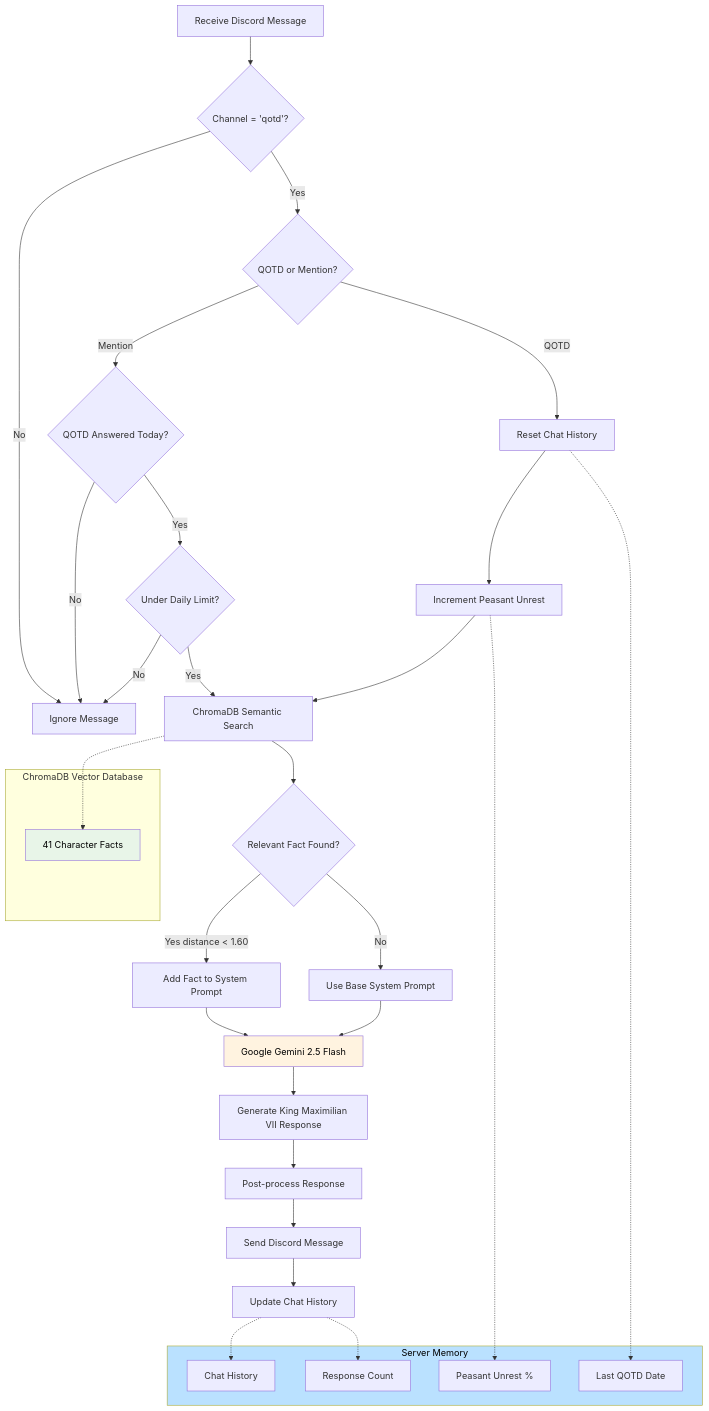
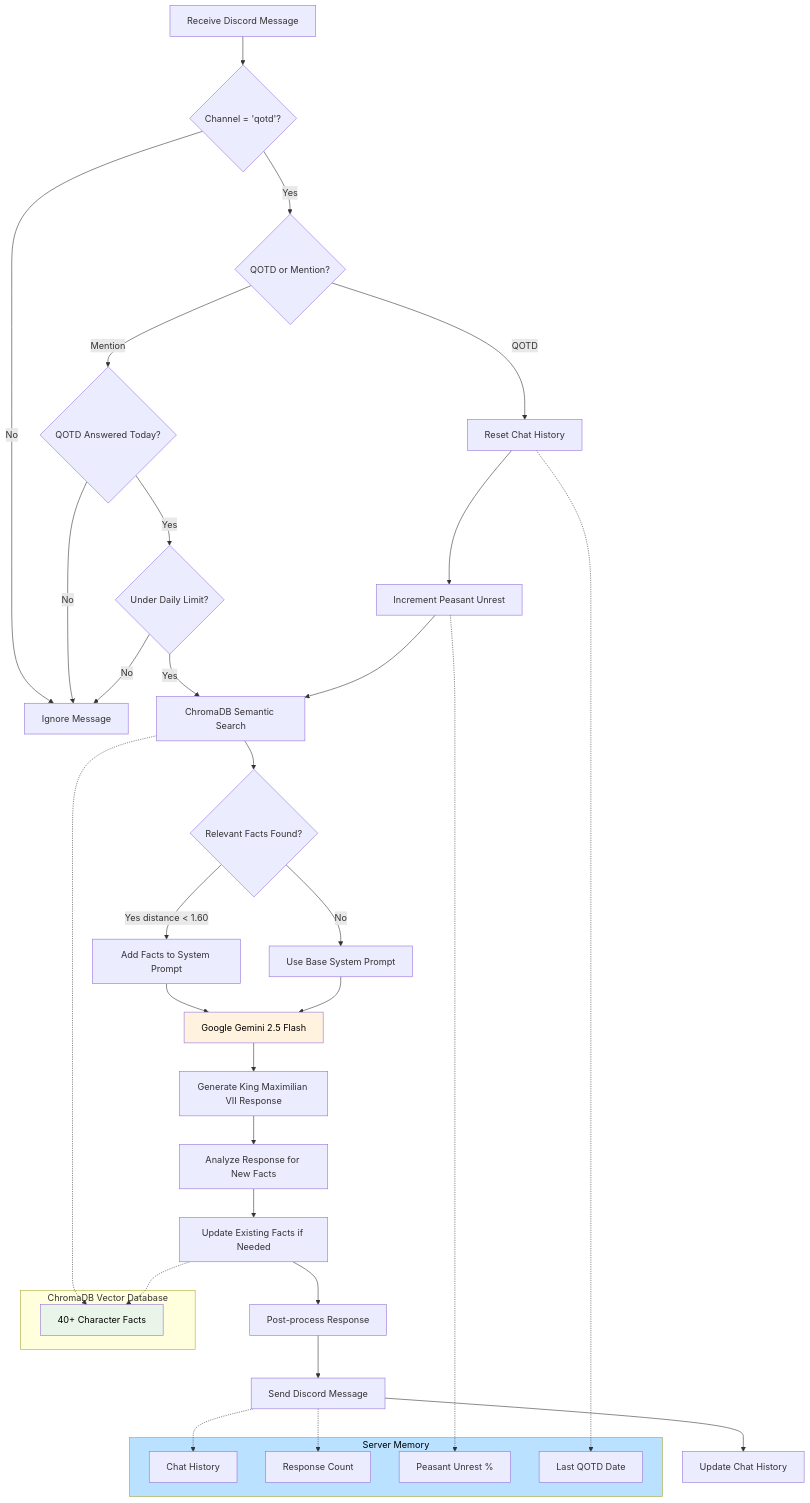
Before and after one commit to nvdutta/15th-Century-Monarch: the diagram in README.md, drawn with Mermaid. The commit also changed other lines of this file and 10 other files, not shown here.

````diff
--- a/README.md
+++ b/README.md
@@ -52,50 +53,53 @@
 ```mermaid
 graph TD
     A[Receive Discord Message] --> B{Channel = 'qotd'?}
     B -->|No| Z[Ignore Message]
     B -->|Yes| C{QOTD or Mention?}
     
     C -->|QOTD| D[Reset Chat History]
     C -->|Mention| E{QOTD Answered Today?}
     
     E -->|No| Z
     E -->|Yes| F{Under Daily Limit?}
     F -->|No| Z
     F -->|Yes| G[ChromaDB Semantic Search]
     
     D --> H[Increment Peasant Unrest]
     H --> G
     
-    G --> I{Relevant Fact Found?}
-    I -->|Yes distance < 1.60| J[Add Fact to System Prompt]
+    G --> I{Relevant Facts Found?}
+    I -->|Yes distance < 1.60| J[Add Facts to System Prompt]
     I -->|No| K[Use Base System Prompt]
     
     J --> L[Google Gemini 2.5 Flash]
     K --> L
     
     L --> M[Generate King Maximilian VII Response]
-    M --> N[Post-process Response]
-    N --> O[Send Discord Message]
-    O --> P[Update Chat History]
+    M --> N[Analyze Response for New Facts]
+    N --> O[Update Existing Facts if Needed]
+    O --> P[Post-process Response]
+    P --> Q[Send Discord Message]
+    Q --> R[Update Chat History]
     
     subgraph ChromaDB[ChromaDB Vector Database]
-        Q[41 Character Facts]
+        S[40+ Character Facts]
     end
     
     subgraph Memory[Server Memory]
-        R[Chat History]
-        S[Response Count]
-        T[Peasant Unrest %]
-        U[Last QOTD Date]
+        T[Chat History]
+        U[Response Count]
+        V[Peasant Unrest %]
+        W[Last QOTD Date]
     end
     
-    G -.-> Q
-    P -.-> R
-    P -.-> S
-    H -.-> T
-    D -.-> U
+    G -.-> S
+    O -.-> S
+    Q -.-> T
+    Q -.-> U
+    H -.-> V
+    D -.-> W
     
     style L fill:#fff3e0,color:#000000
-    style Q fill:#e8f5e8,color:#000000
+    style S fill:#e8f5e8,color:#000000
     style Memory fill:#bae1ff, color:#000000
 ```
````
